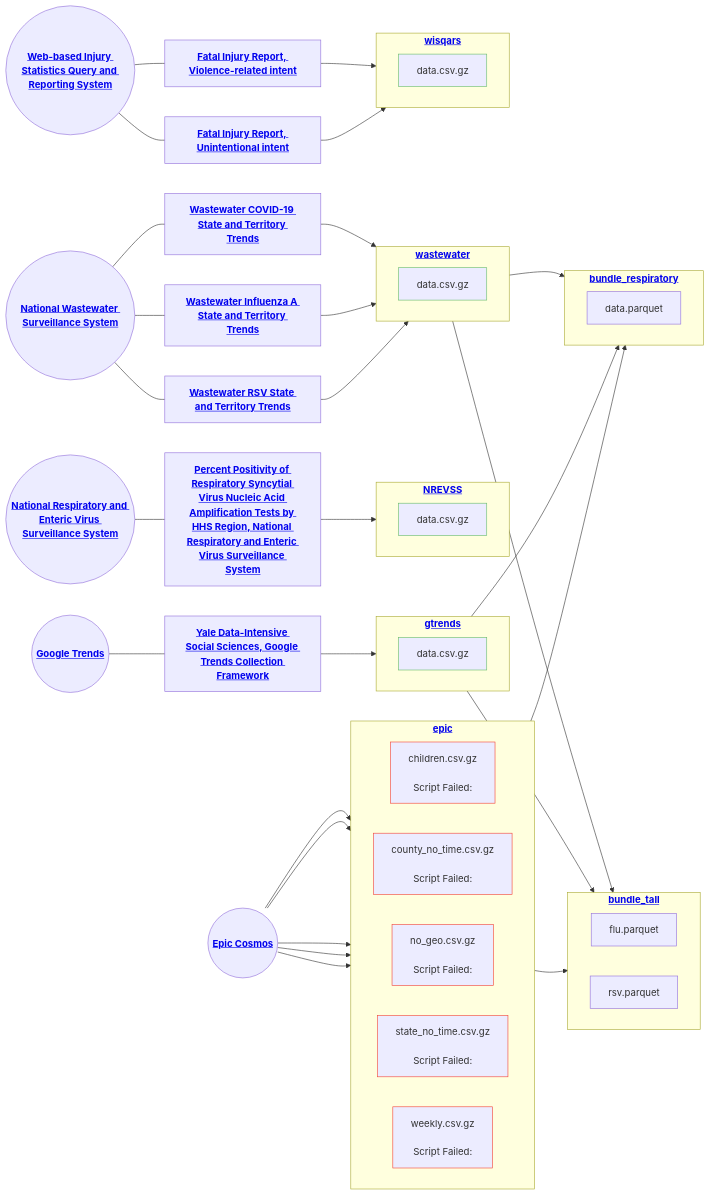
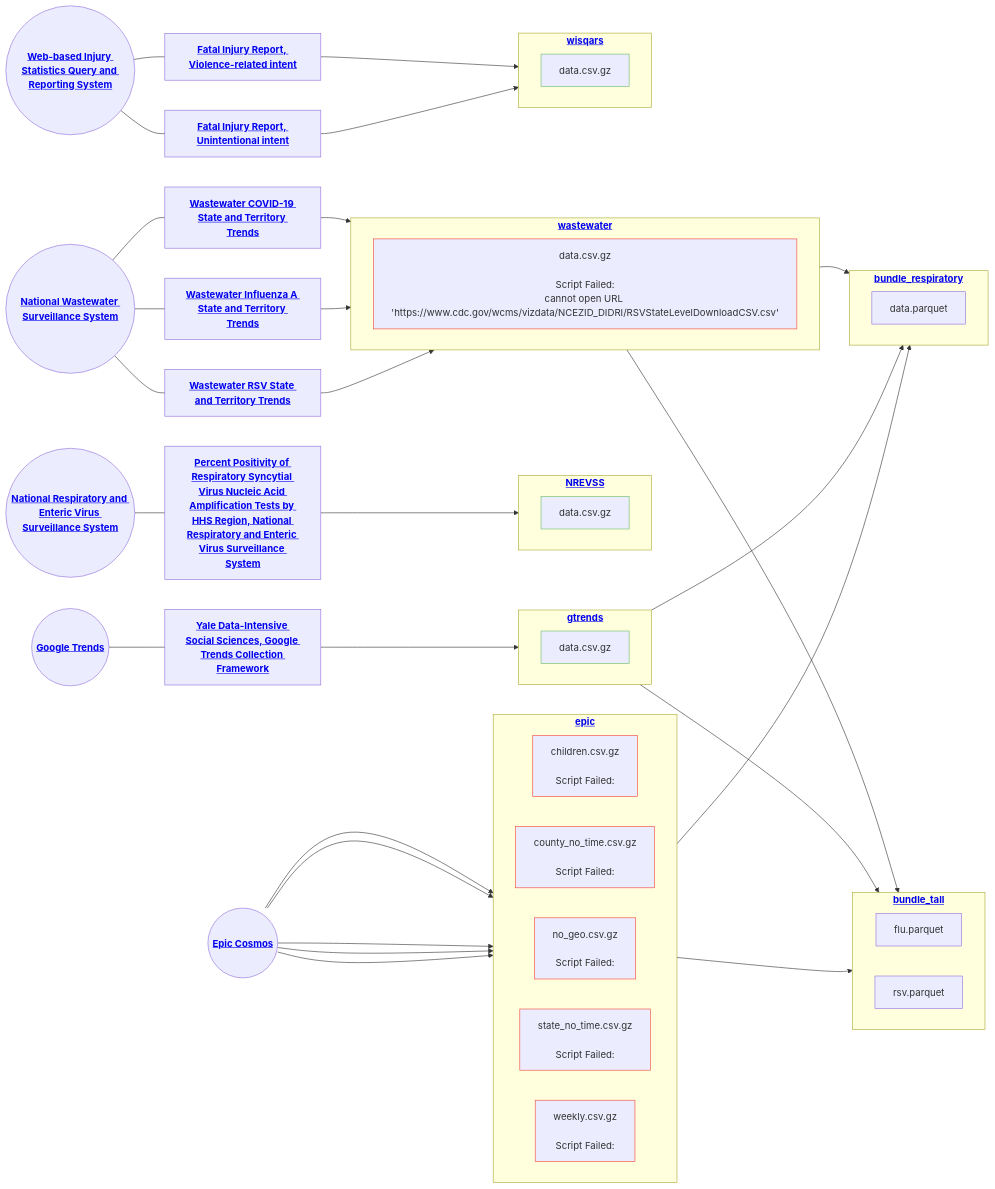
Before and after one commit to DISSC-yale/pophive_demo: the diagram in status.md, drawn with Mermaid. The commit also changed 6 other files, not shown here.

````diff
--- a/status.md
+++ b/status.md
@@ -1,69 +1,69 @@
 ```mermaid
 flowchart LR
     classDef pass stroke:#66bb6a
     classDef warn stroke:#ffa726
     classDef fail stroke:#f44336
     s0(("<strong><a href="https://cosmos.epic.com" target="_blank" rel="noreferrer">Epic Cosmos</a></strong>"))
     s1(("<strong><a href="https://trends.google.com" target="_blank" rel="noreferrer">Google Trends</a></strong>"))
     s3(("<strong><a href="https://www.cdc.gov/nrevss" target="_blank" rel="noreferrer">National Respiratory and Enteric Virus Surveillance System</a></strong>"))
     s5(("<strong><a href="https://www.cdc.gov/nwss" target="_blank" rel="noreferrer">National Wastewater Surveillance System</a></strong>"))
     s9(("<strong><a href="https://wisqars.cdc.gov/" target="_blank" rel="noreferrer">Web-based Injury Statistics Query and Reporting System</a></strong>"))
     subgraph epic["`<strong><a href="https://github.com/dissc-yale/pophive_demo/tree/main/data/epic" target="_blank" rel="noreferrer">epic</a></strong>`"]
         direction LR
         n1["`children.csv.gz<br /><br />Script Failed:<br />`"]:::fail
         n2["`county_no_time.csv.gz<br /><br />Script Failed:<br />`"]:::fail
         n3["`no_geo.csv.gz<br /><br />Script Failed:<br />`"]:::fail
         n4["`state_no_time.csv.gz<br /><br />Script Failed:<br />`"]:::fail
         n5["`weekly.csv.gz<br /><br />Script Failed:<br />`"]:::fail
     end
     subgraph gtrends["`<strong><a href="https://github.com/dissc-yale/pophive_demo/tree/main/data/gtrends" target="_blank" rel="noreferrer">gtrends</a></strong>`"]
         direction LR
         n6["`data.csv.gz`"]:::pass
     end
     subgraph NREVSS["`<strong><a href="https://github.com/dissc-yale/pophive_demo/tree/main/data/NREVSS" target="_blank" rel="noreferrer">NREVSS</a></strong>`"]
         direction LR
         n7["`data.csv.gz`"]:::pass
     end
     subgraph wastewater["`<strong><a href="https://github.com/dissc-yale/pophive_demo/tree/main/data/wastewater" target="_blank" rel="noreferrer">wastewater</a></strong>`"]
         direction LR
-        n8["`data.csv.gz`"]:::pass
+        n8["`data.csv.gz<br /><br />Script Failed:<br />cannot open URL 'https://www.cdc.gov/wcms/vizdata/NCEZID_DIDRI/RSVStateLevelDownloadCSV.csv'`"]:::fail
     end
     subgraph wisqars["`<strong><a href="https://github.com/dissc-yale/pophive_demo/tree/main/data/wisqars" target="_blank" rel="noreferrer">wisqars</a></strong>`"]
         direction LR
         n9["`data.csv.gz`"]:::pass
     end
     subgraph bundle_respiratory["`<strong><a href="https://github.com/dissc-yale/pophive_demo/tree/main/data/bundle_respiratory" target="_blank" rel="noreferrer">bundle_respiratory</a></strong>`"]
         direction LR
         n10["`data.parquet`"]
     end
     subgraph bundle_tall["`<strong><a href="https://github.com/dissc-yale/pophive_demo/tree/main/data/bundle_tall" target="_blank" rel="noreferrer">bundle_tall</a></strong>`"]
         direction LR
         n11["`flu.parquet`"]
         n12["`rsv.parquet`"]
     end
     s0 --> n1
     s0 --> n2
     s0 --> n3
     s0 --> n4
     s0 --> n5
     s1---s2["<strong><a href="https://github.com/DISSC-yale/gtrends_collection" target="_blank" rel="noreferrer">Yale Data-Intensive Social Sciences, Google Trends Collection Framework</a></strong>"]
     s2 --> n6
     s3---s4["<strong><a href="https://data.cdc.gov/resource/3cxc-4k8q" target="_blank" rel="noreferrer">Percent Positivity of Respiratory Syncytial Virus Nucleic Acid Amplification Tests by HHS Region, National Respiratory and Enteric Virus Surveillance System</a></strong>"]
     s4 --> n7
     s5---s6["<strong><a href="https://www.cdc.gov/nwss/rv/COVID19-statetrend.html" target="_blank" rel="noreferrer">Wastewater COVID-19 State and Territory Trends</a></strong>"]
     s6 --> n8
     s5---s7["<strong><a href="https://www.cdc.gov/nwss/rv/InfluenzaA-statetrend.html" target="_blank" rel="noreferrer">Wastewater Influenza A State and Territory Trends</a></strong>"]
     s7 --> n8
     s5---s8["<strong><a href="https://www.cdc.gov/nwss/rv/RSV-statetrend.html" target="_blank" rel="noreferrer">Wastewater RSV State and Territory Trends</a></strong>"]
     s8 --> n8
     s9---s10["<strong><a href="https://wisqars.cdc.gov/reports/?o=MORT&i=8&m=20810&s=0&r=0&ry=2&y1=2018&y2=2023&a=ALL&g1=0&g2=199&a1=0&a2=199&r1=MECH&r2=AGEGP&r3=STATE&r4=YEAR&r5=NONE&r6=NONE&g=00&e=0&yp=65&me=0&t=0" target="_blank" rel="noreferrer">Fatal Injury Report, Violence-related intent</a></strong>"]
     s10 --> n9
     s9---s11["<strong><a href="https://wisqars.cdc.gov/reports/?o=MORT&i=1&m=20810&s=0&r=0&ry=2&y1=2018&y2=2023&a=ALL&g1=0&g2=199&a1=0&a2=199&r1=MECH&r2=AGEGP&r3=STATE&r4=YEAR&r5=NONE&r6=NONE&g=00&e=0&yp=65&me=0&t=0" target="_blank" rel="noreferrer">Fatal Injury Report, Unintentional intent</a></strong>"]
     s11 --> n9
     n5 --> bundle_respiratory
     n6 --> bundle_respiratory
     n8 --> bundle_respiratory
     n5 --> bundle_tall
     n6 --> bundle_tall
     n8 --> bundle_tall
 ```
````
